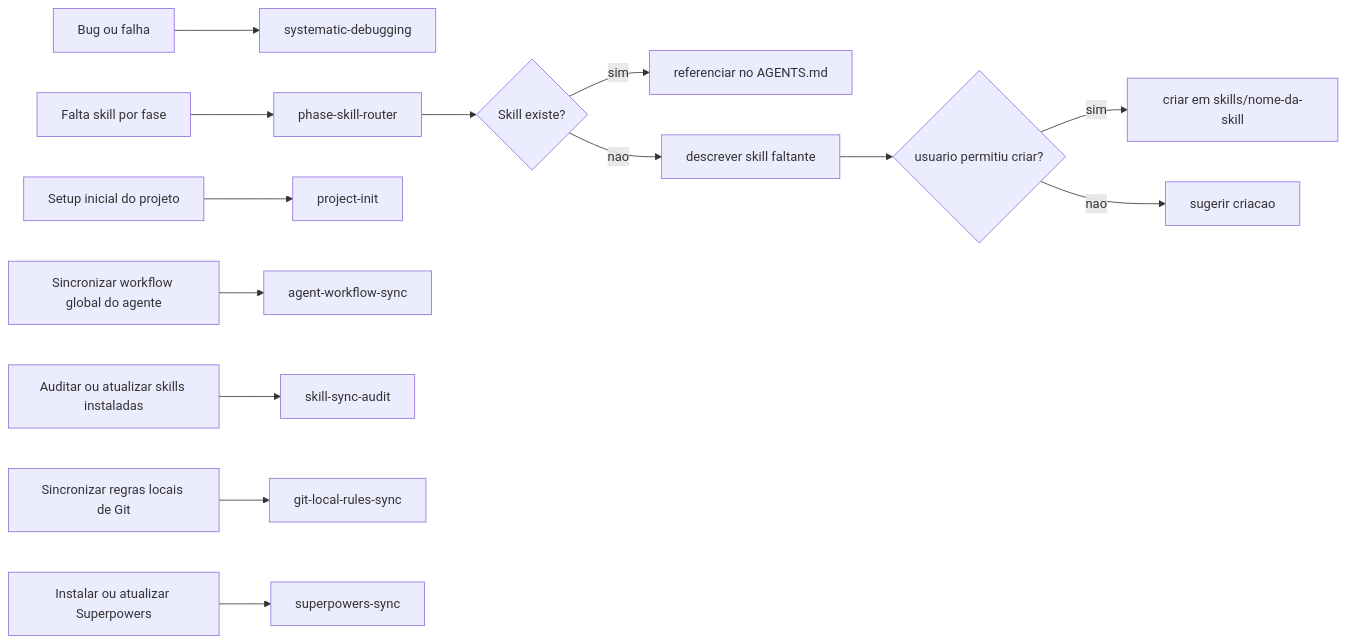
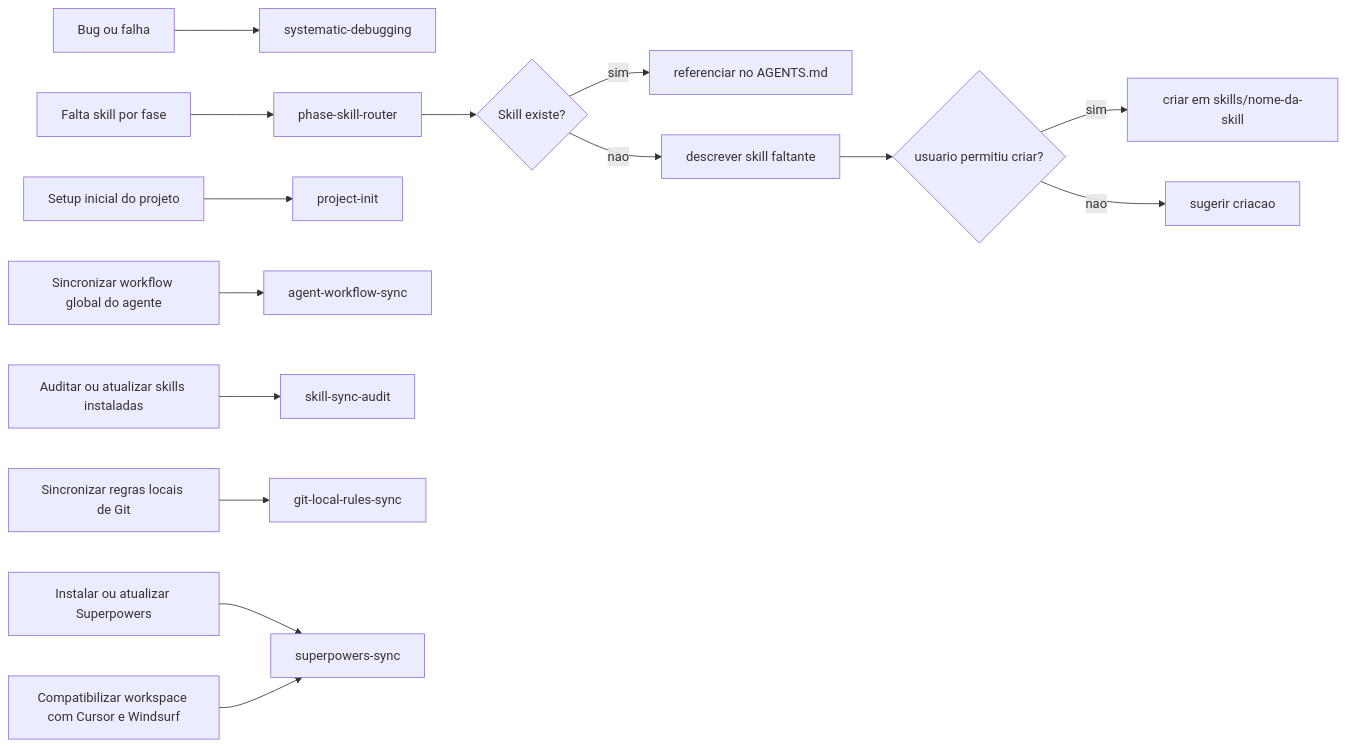
The third of 3 diagrams in docs/workflow-flowchart.md (eduardosanson/agentic-dev-playbook), drawn with Mermaid before and after one commit. The commit also changed other lines of this file and 9 other files, not shown here.

Commit message:
feat: add cursor and windsurf compatibility

````diff
--- a/docs/workflow-flowchart.md
+++ b/docs/workflow-flowchart.md
@@ -201,16 +201,17 @@
 ```mermaid
 flowchart LR
     A[Bug ou falha] --> B[systematic-debugging]
     C[Falta skill por fase] --> D[phase-skill-router]
     D --> E{Skill existe?}
     E -- sim --> F[referenciar no AGENTS.md]
     E -- nao --> G[descrever skill faltante]
     G --> H{usuario permitiu criar?}
     H -- sim --> I[criar em skills/nome-da-skill]
     H -- nao --> J[sugerir criacao]
     K[Setup inicial do projeto] --> L[project-init]
     M[Sincronizar workflow global do agente] --> N[agent-workflow-sync]
     O[Auditar ou atualizar skills instaladas] --> P[skill-sync-audit]
     Q[Sincronizar regras locais de Git] --> R[git-local-rules-sync]
     S[Instalar ou atualizar Superpowers] --> T[superpowers-sync]
+    U[Compatibilizar workspace com Cursor e Windsurf] --> T
 ```
````
